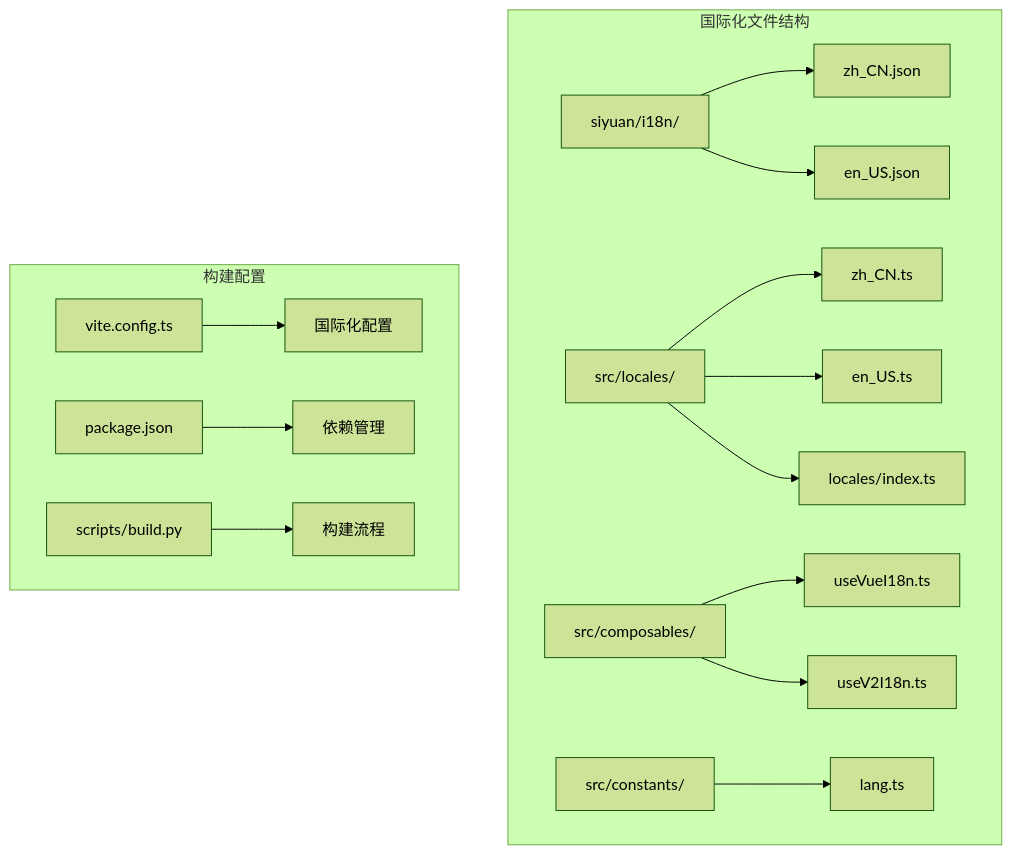
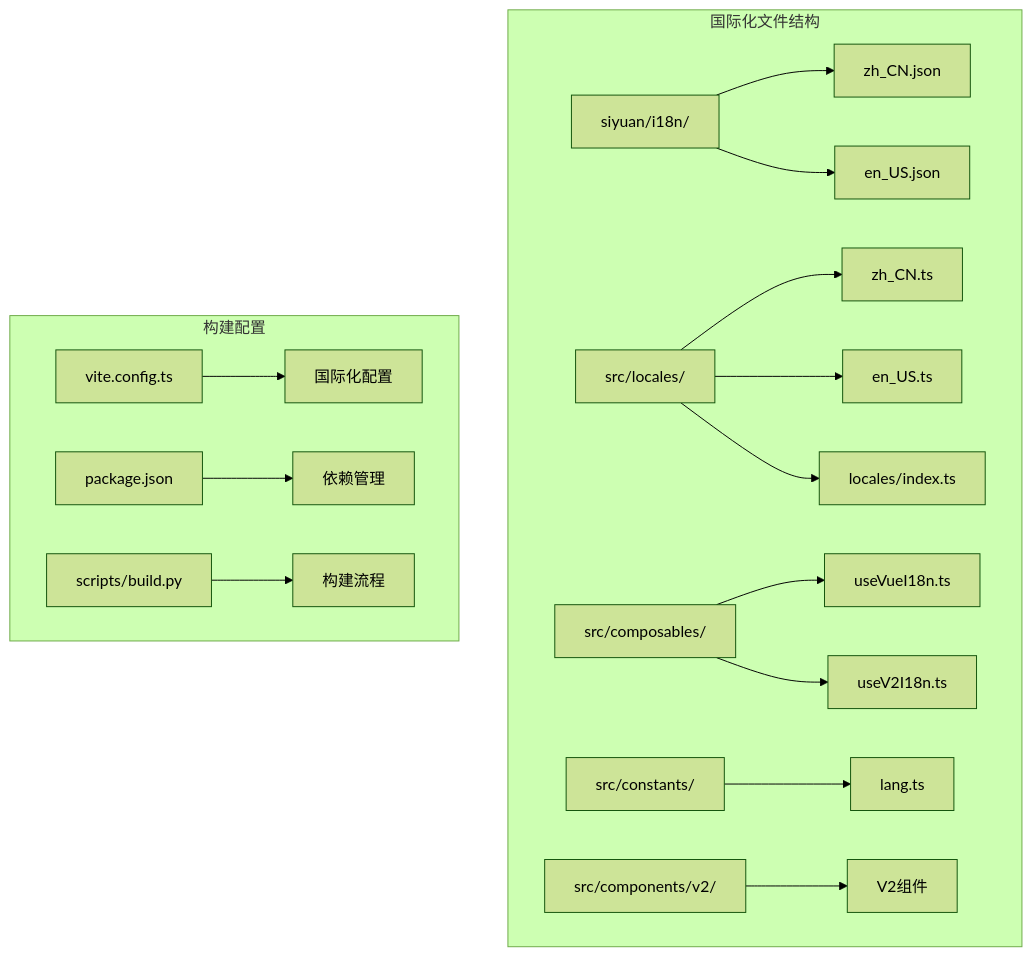
The first of 10 diagrams in .qoder/repowiki/zh/content/用户界面组件/国际化支持.md (terwer/siyuan-plugin-publisher), drawn with Mermaid (forest theme) before and after one commit. The commit also changed other lines of this file and 3 other files, not shown here.

````diff
--- a/.qoder/repowiki/zh/content/用户界面组件/国际化支持.md
+++ b/.qoder/repowiki/zh/content/用户界面组件/国际化支持.md
@@ -47,18 +60,19 @@
 ```mermaid
 graph TB
 subgraph "国际化文件结构"
 A[siyuan/i18n/] --> B[zh_CN.json]
 A --> C[en_US.json]
 D[src/locales/] --> E[zh_CN.ts]
 D --> F[en_US.ts]
 D --> G[locales/index.ts]
 H[src/composables/] --> I[useVueI18n.ts]
 H --> J[useV2I18n.ts]
 K[src/constants/] --> L[lang.ts]
+M[src/components/v2/] --> N[V2组件]
 end
 subgraph "构建配置"
-M[vite.config.ts] --> N[国际化配置]
-O[package.json] --> P[依赖管理]
-Q[scripts/build.py] --> R[构建流程]
+O[vite.config.ts] --> P[国际化配置]
+Q[package.json] --> R[依赖管理]
+S[scripts/build.py] --> T[构建流程]
 end
 ```
````
